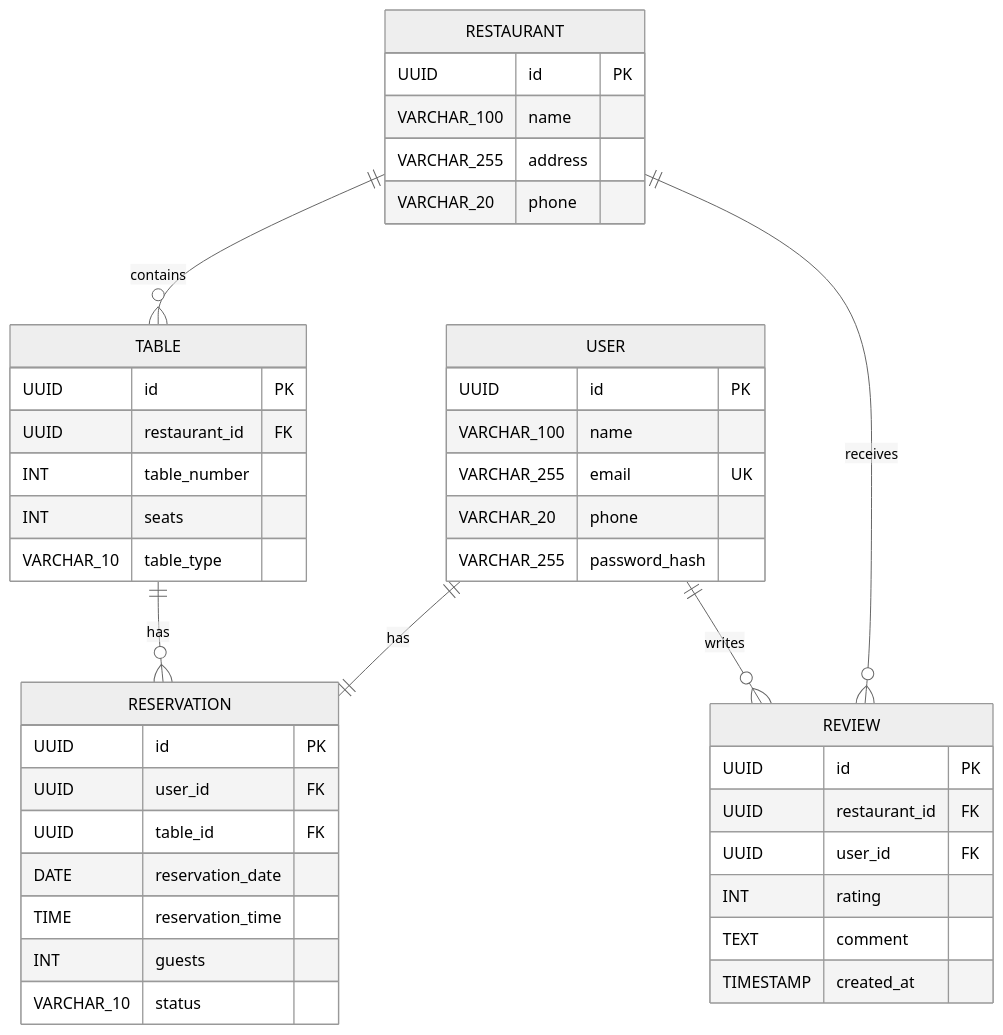
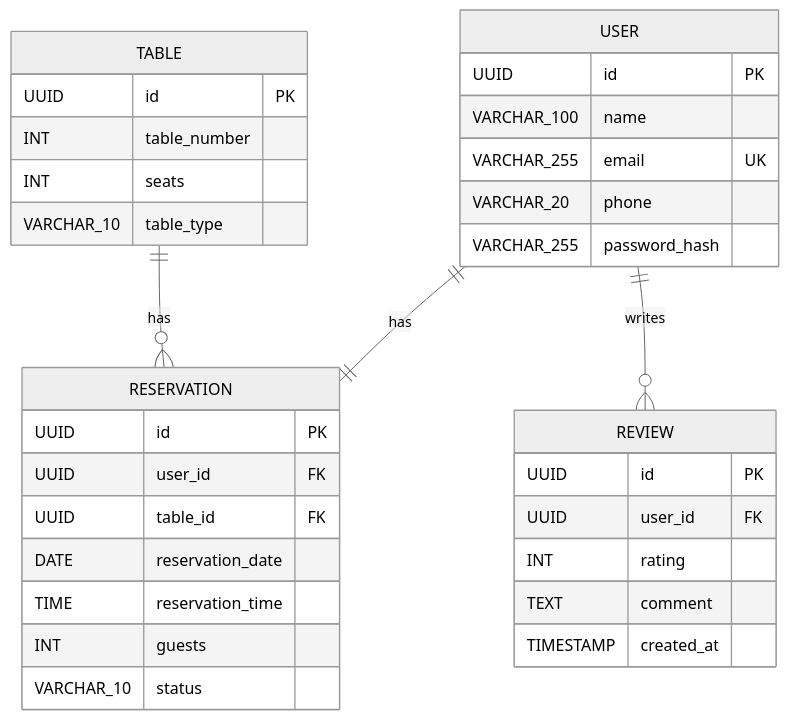
One commit to Vvvvvaleriia/Labs-KPI changed the diagram in ER-model.md. Above: the diagram before and after it, drawn with Mermaid (neutral theme). The commit also changed 1 other file, not shown here.

Commit message:
remove Restaurant entity

````diff
--- a/ER-model.md
+++ b/ER-model.md
@@ -1,51 +1,40 @@
 ```mermaid
 erDiagram
 
     USER ||--|| RESERVATION : "has"
-    RESTAURANT ||--o{ TABLE : "contains"
     TABLE ||--o{ RESERVATION : "has"
-    RESTAURANT ||--o{ REVIEW : "receives"
     USER ||--o{ REVIEW : "writes"
 
     USER {
         UUID id PK
         VARCHAR_100 name
         VARCHAR_255 email UK
         VARCHAR_20 phone
         VARCHAR_255 password_hash
     }
 
-    RESTAURANT {
-        UUID id PK
-        VARCHAR_100 name
-        VARCHAR_255 address
-        VARCHAR_20 phone
-    }
-
     TABLE {
         UUID id PK
-        UUID restaurant_id FK
         INT table_number
         INT seats
         VARCHAR_10 table_type
     }
 
     RESERVATION {
         UUID id PK
         UUID user_id FK
         UUID table_id FK
         DATE reservation_date
         TIME reservation_time
         INT guests
         VARCHAR_10 status
     }
 
     REVIEW {
         UUID id PK
-        UUID restaurant_id FK
         UUID user_id FK
         INT rating
         TEXT comment
         TIMESTAMP created_at
     }
 ```
````
